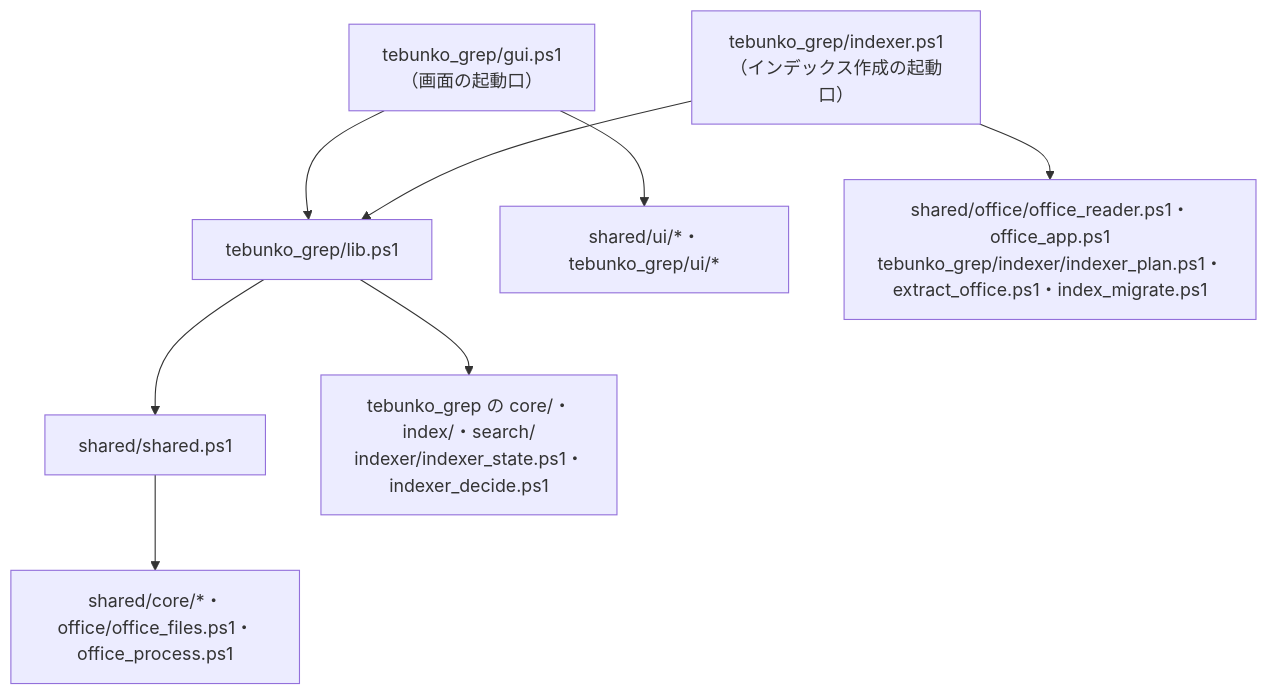
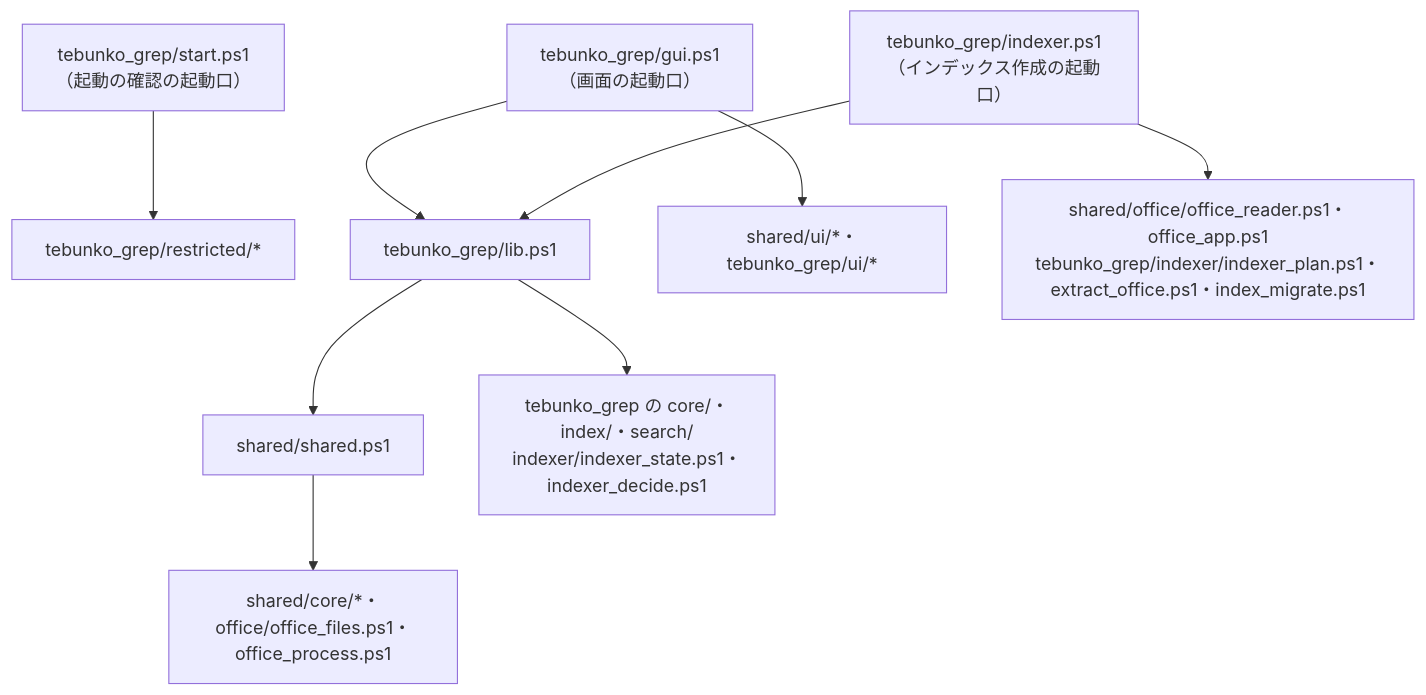
The first of 3 diagrams in docs/00_共通_2_共通モジュール.md (hsgwa/tebunko), drawn with Mermaid before and after one commit. The commit also changed other lines of this file and 18 other files, not shown here.

````diff
--- a/docs/00_共通_2_共通モジュール.md
+++ b/docs/00_共通_2_共通モジュール.md
@@ -40,10 +41,11 @@
 ```mermaid
 flowchart TD
+    START["tebunko_grep/start.ps1<br>（起動の確認の起動口）"] --> RS["tebunko_grep/restricted/*"]
     GUI["tebunko_grep/gui.ps1<br>（画面の起動口）"] --> LIB
     IDX["tebunko_grep/indexer.ps1<br>（インデックス作成の起動口）"] --> LIB
     GUI --> UI["shared/ui/*・tebunko_grep/ui/*"]
     IDX --> IXO["shared/office/office_reader.ps1・office_app.ps1<br>tebunko_grep/indexer/indexer_plan.ps1・extract_office.ps1・index_migrate.ps1"]
     LIB["tebunko_grep/lib.ps1"] --> SH["shared/shared.ps1"]
     LIB --> TG["tebunko_grep の core/・index/・search/<br>indexer/indexer_state.ps1・indexer_decide.ps1"]
     SH --> SC["shared/core/*・office/office_files.ps1・office_process.ps1"]
 ```
````
